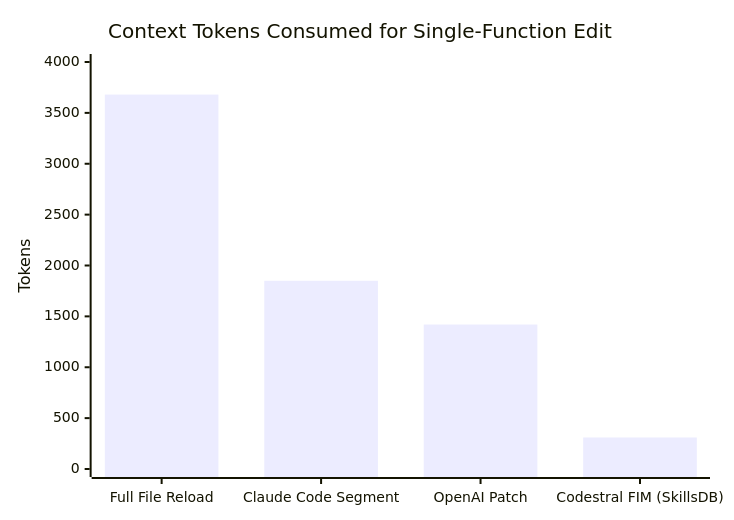
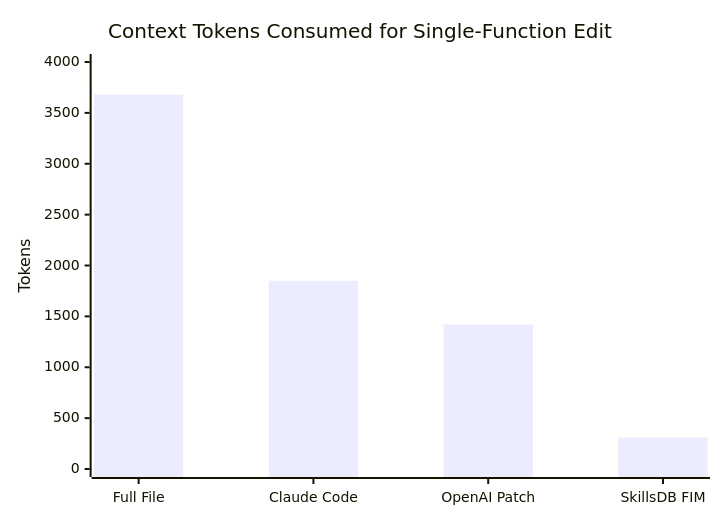
One commit to scorpion421/skillsdb changed the second of 4 diagrams in README.md. Above: the diagram before and after it, drawn with Mermaid. The commit also changed other lines of this file, not shown here.

````diff
--- a/README.md
+++ b/README.md
@@ -50,7 +50,7 @@
 ```mermaid
 xychart-beta
     title "Context Tokens Consumed for Single-Function Edit"
-    x-axis ["Full File Reload", "Claude Code Segment", "OpenAI Patch", "Codestral FIM (SkillsDB)"]
+    x-axis ["Full File", "Claude Code", "OpenAI Patch", "SkillsDB FIM"]
     y-axis "Tokens" 0 --> 4000
     bar [3680, 1850, 1420, 310]
 ```
````
